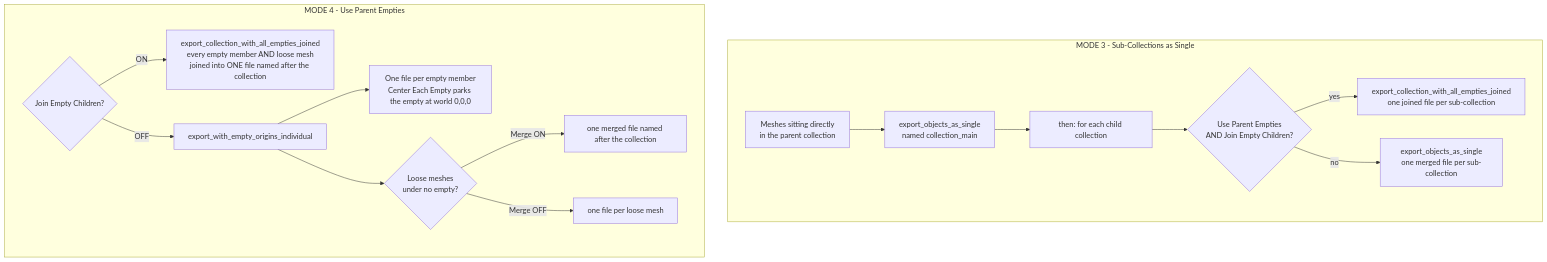
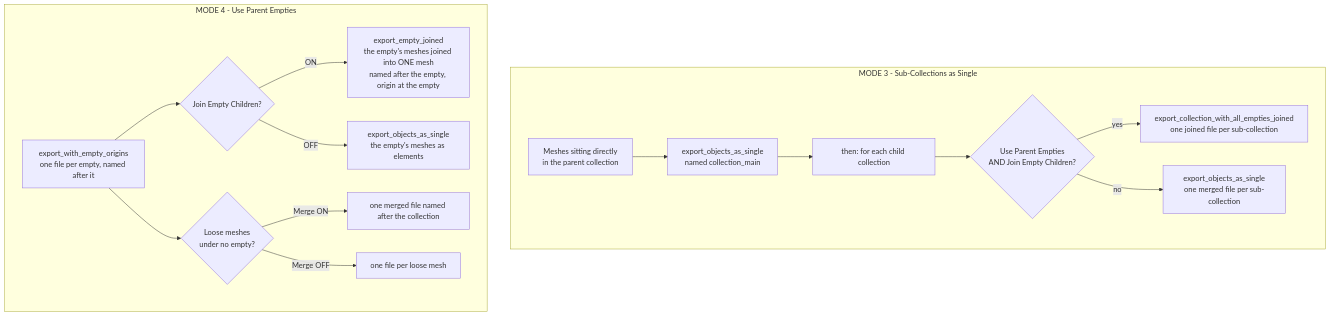
Before and after one commit to Stephk0/Toolings: the third of 5 diagrams in Blender/Addons/MassExporter/EXPORT_FLOW.md, drawn with Mermaid. The commit also changed other lines of this file and 32 other files, not shown here.

````diff
--- a/Blender/Addons/MassExporter/EXPORT_FLOW.md
+++ b/Blender/Addons/MassExporter/EXPORT_FLOW.md
@@ -117,19 +113,19 @@
 ```mermaid
 flowchart TD
     subgraph M3 ["MODE 3 - Sub-Collections as Single"]
         A1["Meshes sitting directly<br/>in the parent collection"] --> A2["export_objects_as_single<br/>named collection_main"]
         A2 --> A3["then: for each child collection"]
         A3 --> A4{"Use Parent Empties<br/>AND Join Empty Children?"}
         A4 -->|yes| A5["export_collection_with_all_empties_joined<br/>one joined file per sub-collection"]
         A4 -->|no| A6["export_objects_as_single<br/>one merged file per sub-collection"]
     end
 
     subgraph M4 ["MODE 4 - Use Parent Empties"]
-        B1{"Join Empty Children?"} -->|ON| B2["export_collection_with_all_empties_joined<br/>every empty member AND loose mesh<br/>joined into ONE file named after the collection"]
-        B1 -->|OFF| B3["export_with_empty_origins_individual"]
-        B3 --> B5["One file per empty member<br/>Center Each Empty parks the empty at world 0,0,0"]
-        B3 --> B6{"Loose meshes<br/>under no empty?"}
+        B0["export_with_empty_origins<br/>one file per empty, named after it"] --> B1{"Join Empty Children?"}
+        B1 -->|ON| B2["export_empty_joined<br/>the empty's meshes joined into ONE mesh<br/>named after the empty, origin at the empty"]
+        B1 -->|OFF| B5["export_objects_as_single<br/>the empty's meshes as elements"]
+        B0 --> B6{"Loose meshes<br/>under no empty?"}
         B6 -->|Merge ON| B7["one merged file named after the collection"]
         B6 -->|Merge OFF| B8["one file per loose mesh"]
     end
 ```
````
